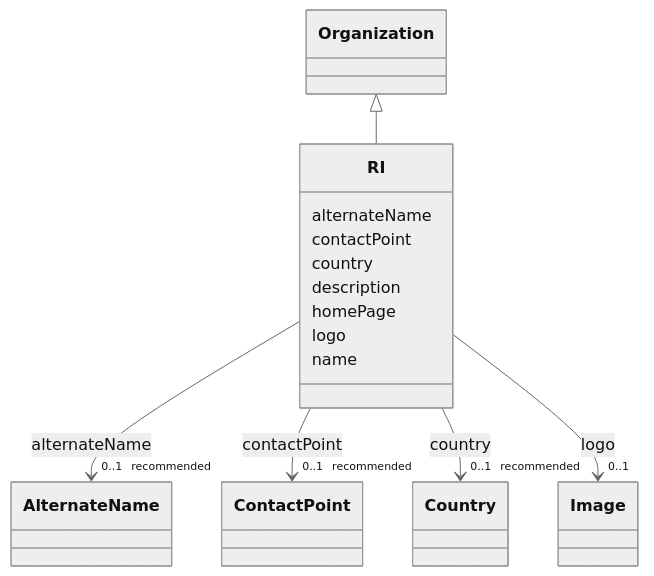
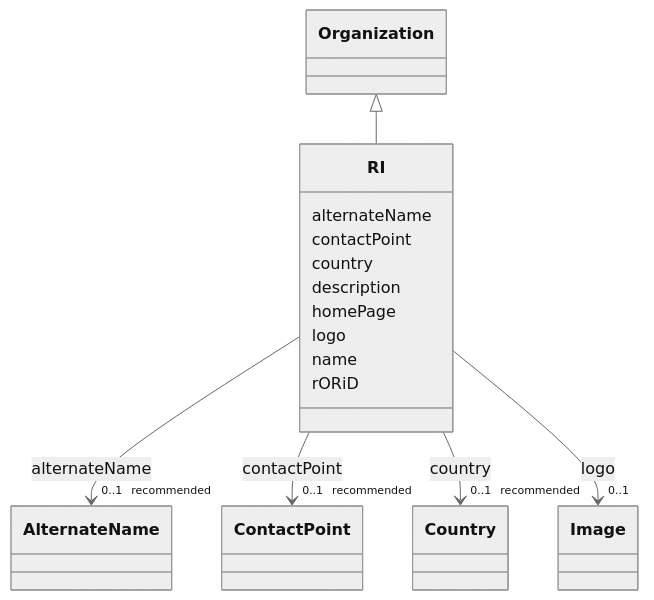
One commit to EVORA-project/evora-ontology changed the diagram in models/docs/RI.md. Above: the diagram before and after it, drawn with Mermaid (neutral theme). The commit also changed other lines of this file and 172 other files, not shown here.

````diff
--- a/models/docs/RI.md
+++ b/models/docs/RI.md
@@ -19,51 +19,53 @@
 ```mermaid
  classDiagram
     class RI
     click RI href "../RI"
       Organization <|-- RI
         click Organization href "../Organization"
       
       RI : alternateName
         
           
     
     
     RI --> "0..1 _recommended_" AlternateName : alternateName
     click AlternateName href "../AlternateName"
 
         
       RI : contactPoint
         
           
     
     
     RI --> "0..1 _recommended_" ContactPoint : contactPoint
     click ContactPoint href "../ContactPoint"
 
         
       RI : country
         
           
     
     
     RI --> "0..1 _recommended_" Country : country
     click Country href "../Country"
 
         
       RI : description
         
       RI : homePage
         
       RI : logo
         
           
     
     
     RI --> "0..1" Image : logo
     click Image href "../Image"
 
         
       RI : name
         
+      RI : rORiD
+        
       
 ```
````
